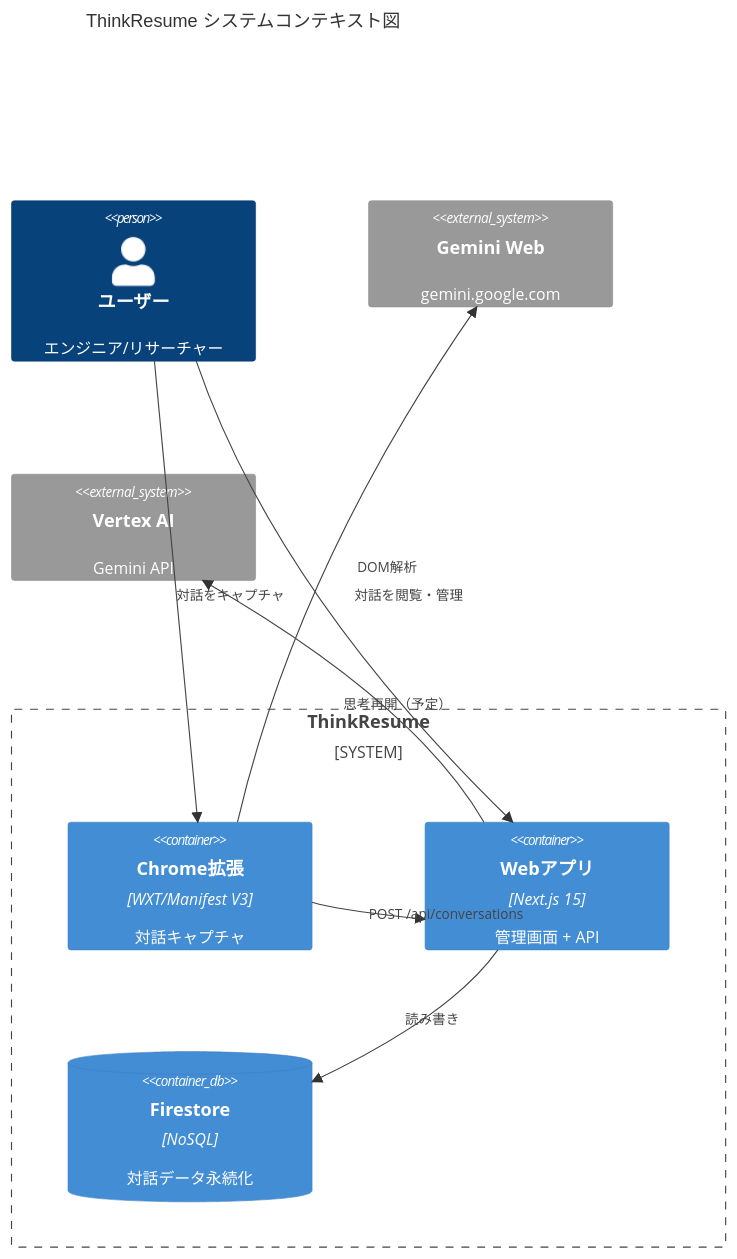
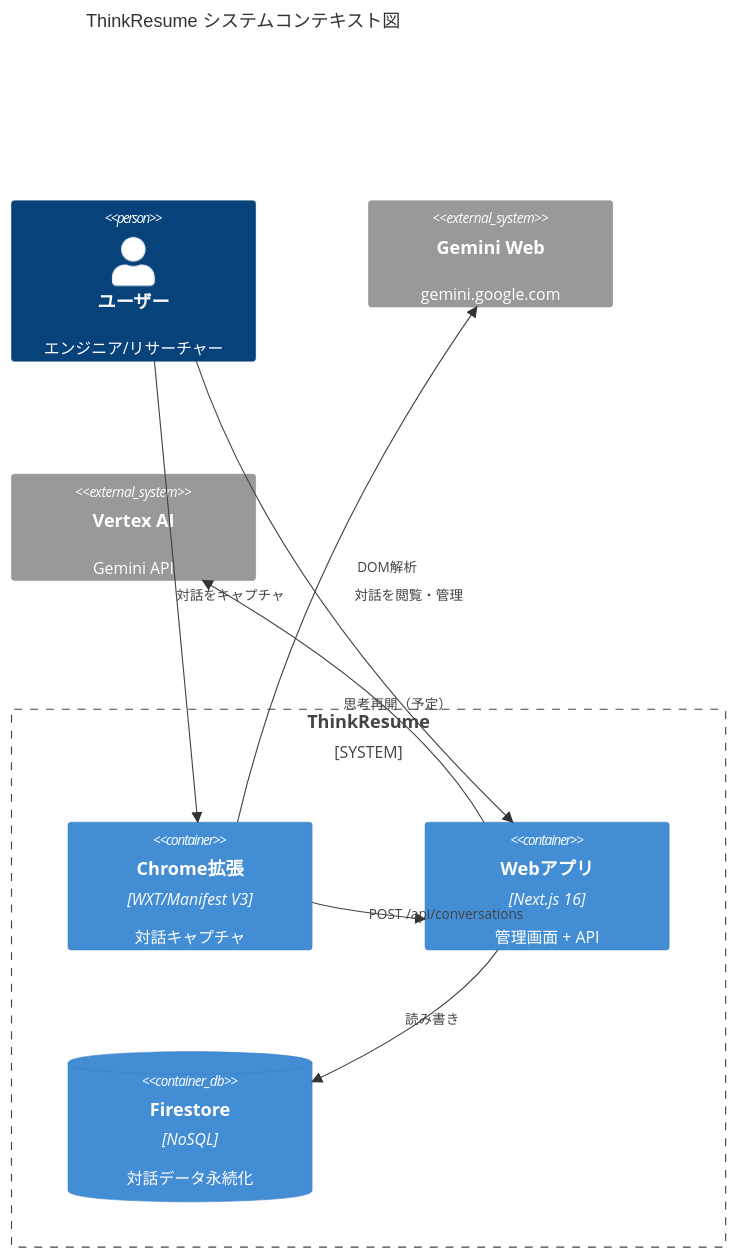
The first of 2 diagrams in doc/generated/reverse/overview.md (mae616/ZennHackathon04), drawn with Mermaid before and after one commit.

Commit message:
fix: overview.mdのMermaid図内Next.jsバージョン修正漏れを対応
- C4Context図内の「Next.js 15」→「Next.js 16」

````diff
--- a/doc/generated/reverse/overview.md
+++ b/doc/generated/reverse/overview.md
@@ -25,22 +25,22 @@
 ```mermaid
 C4Context
     title ThinkResume システムコンテキスト図
 
     Person(user, "ユーザー", "エンジニア/リサーチャー")
 
     System_Boundary(thinkresume, "ThinkResume") {
         Container(extension, "Chrome拡張", "WXT/Manifest V3", "対話キャプチャ")
-        Container(web, "Webアプリ", "Next.js 15", "管理画面 + API")
+        Container(web, "Webアプリ", "Next.js 16", "管理画面 + API")
         ContainerDb(firestore, "Firestore", "NoSQL", "対話データ永続化")
     }
 
     System_Ext(gemini_web, "Gemini Web", "gemini.google.com")
     System_Ext(vertex, "Vertex AI", "Gemini API")
 
     Rel(user, extension, "対話をキャプチャ")
     Rel(user, web, "対話を閲覧・管理")
     Rel(extension, gemini_web, "DOM解析")
     Rel(extension, web, "POST /api/conversations")
     Rel(web, firestore, "読み書き")
     Rel(web, vertex, "思考再開（予定）")
 ```
````
